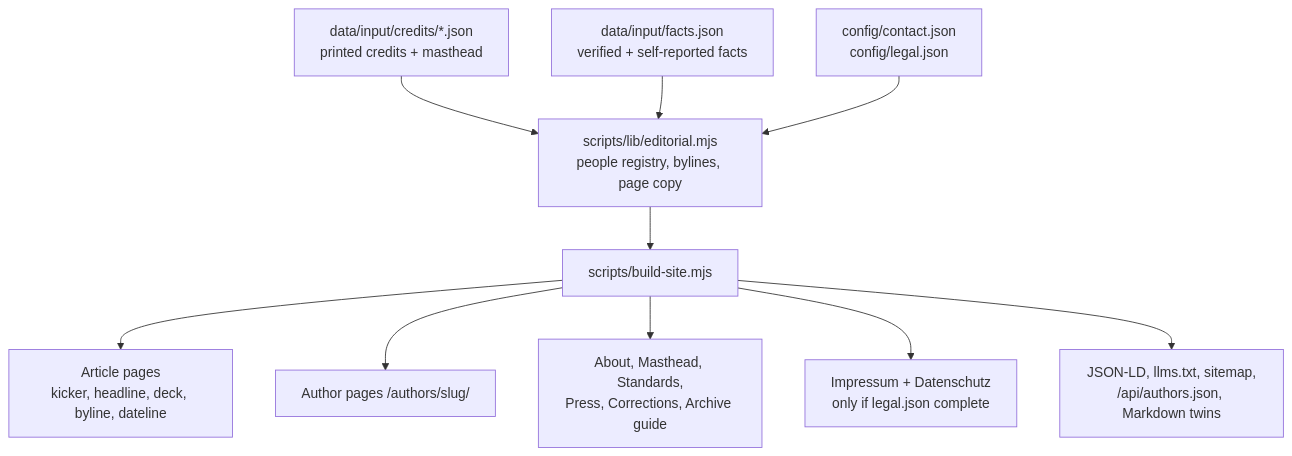
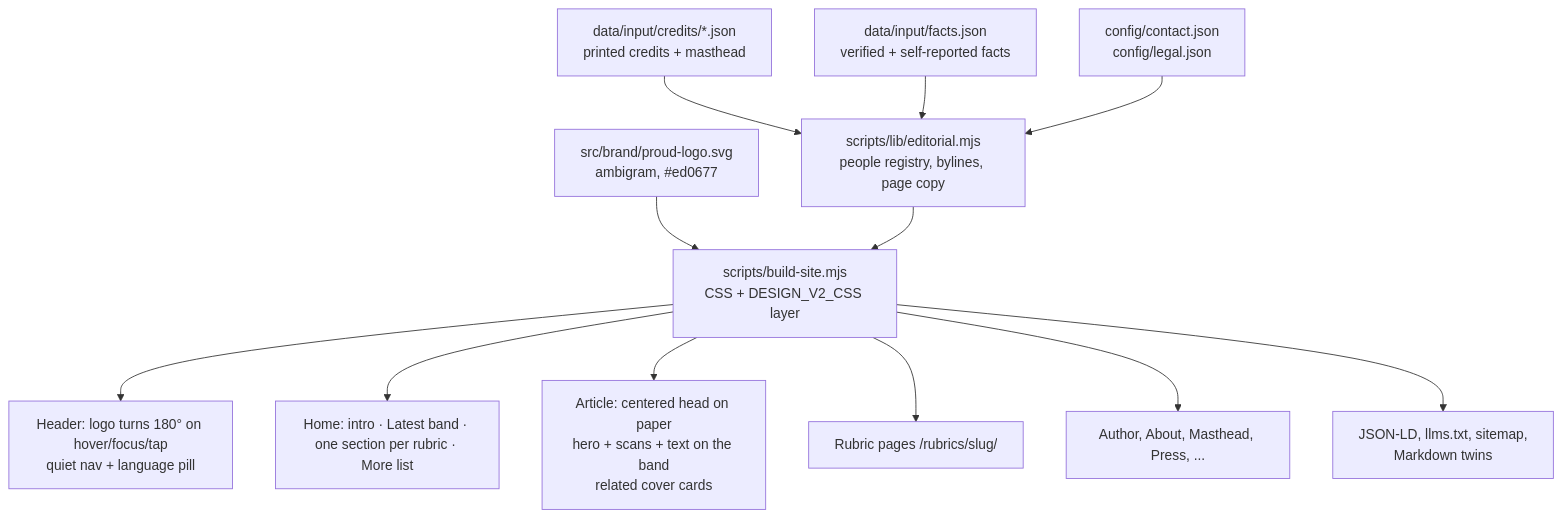
One commit to eminogrande/proud-de changed the diagram in docs/DESIGN_SYSTEM.md. Above: the diagram before and after it, drawn with Mermaid. The commit also changed other lines of this file and 374 other files, not shown here.

First line of the commit message:
Design v2: paper palette, black label headings, real ambigram logo

````diff
--- a/docs/DESIGN_SYSTEM.md
+++ b/docs/DESIGN_SYSTEM.md
@@ -5,12 +5,14 @@
 ```mermaid
 flowchart TD
   CR[data/input/credits/*.json<br/>printed credits + masthead] --> ED[scripts/lib/editorial.mjs<br/>people registry, bylines, page copy]
   FA[data/input/facts.json<br/>verified + self-reported facts] --> ED
   CF[config/contact.json<br/>config/legal.json] --> ED
-  ED --> BS[scripts/build-site.mjs]
-  BS --> A[Article pages<br/>kicker, headline, deck, byline, dateline]
-  BS --> P[Author pages /authors/slug/]
-  BS --> S[About, Masthead, Standards,<br/>Press, Corrections, Archive guide]
-  BS --> L[Impressum + Datenschutz<br/>only if legal.json complete]
-  BS --> J[JSON-LD, llms.txt, sitemap,<br/>/api/authors.json, Markdown twins]
+  LOGO[src/brand/proud-logo.svg<br/>ambigram, #ed0677] --> BS
+  ED --> BS[scripts/build-site.mjs<br/>CSS + DESIGN_V2_CSS layer]
+  BS --> H[Header: logo turns 180° on hover/focus/tap<br/>quiet nav + language pill]
+  BS --> HOME[Home: intro · Latest band · one section per rubric · More list]
+  BS --> A[Article: centered head on paper<br/>hero + scans + text on the band<br/>related cover cards]
+  BS --> R[Rubric pages /rubrics/slug/]
+  BS --> P[Author, About, Masthead, Press, ...]
+  BS --> J[JSON-LD, llms.txt, sitemap,<br/>Markdown twins]
 ```
````
